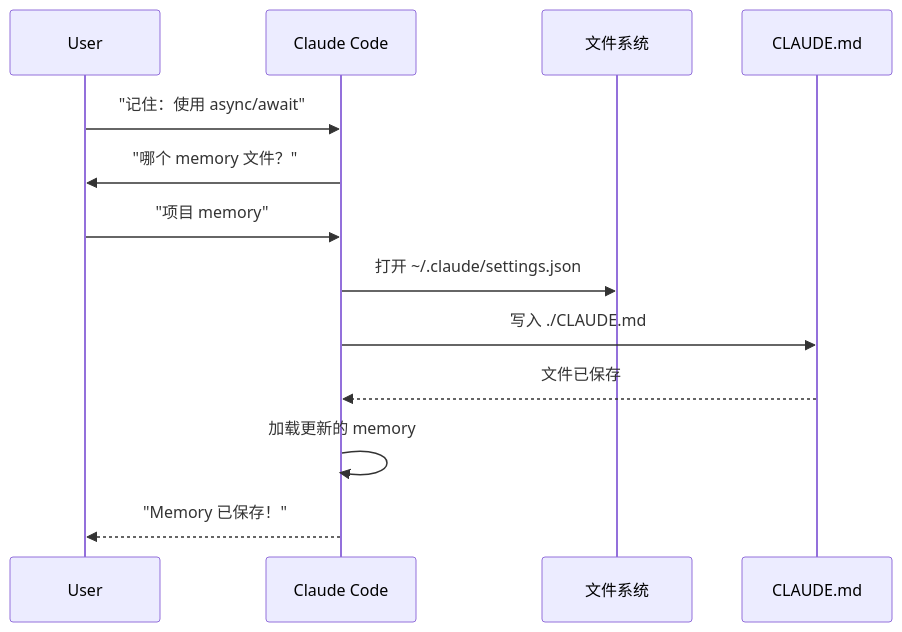
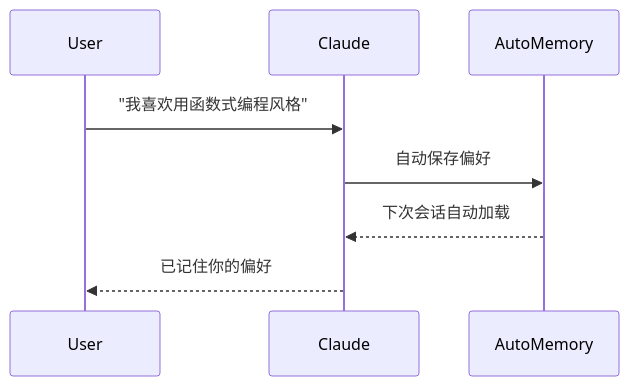
One commit to hellojoju/claude-code-lesson changed the third of 3 diagrams in 04-memory/README.md. Above: the diagram before and after it, drawn with Mermaid. The commit also changed other lines of this file and 11 other files, not shown here.

````diff
--- a/04-memory/README.md
+++ b/04-memory/README.md
@@ -410,16 +302,11 @@
 ```mermaid
 sequenceDiagram
     participant User
-    participant Claude as Claude Code
-    participant Editor as 文件系统
-    participant Memory as CLAUDE.md
+    participant Claude
+    participant AutoMemory
 
-    User->>Claude: "记住：使用 async/await"
-    Claude->>User: "哪个 memory 文件？"
-    User->>Claude: "项目 memory"
-    Claude->>Editor: 打开 ~/.claude/settings.json
-    Claude->>Memory: 写入 ./CLAUDE.md
-    Memory-->>Claude: 文件已保存
-    Claude->>Claude: 加载更新的 memory
-    Claude-->>User: "Memory 已保存！"
+    User->>Claude: "我喜欢用函数式编程风格"
+    Claude->>AutoMemory: 自动保存偏好
+    AutoMemory-->>Claude: 下次会话自动加载
+    Claude-->>User: 已记住你的偏好
 ```
````
